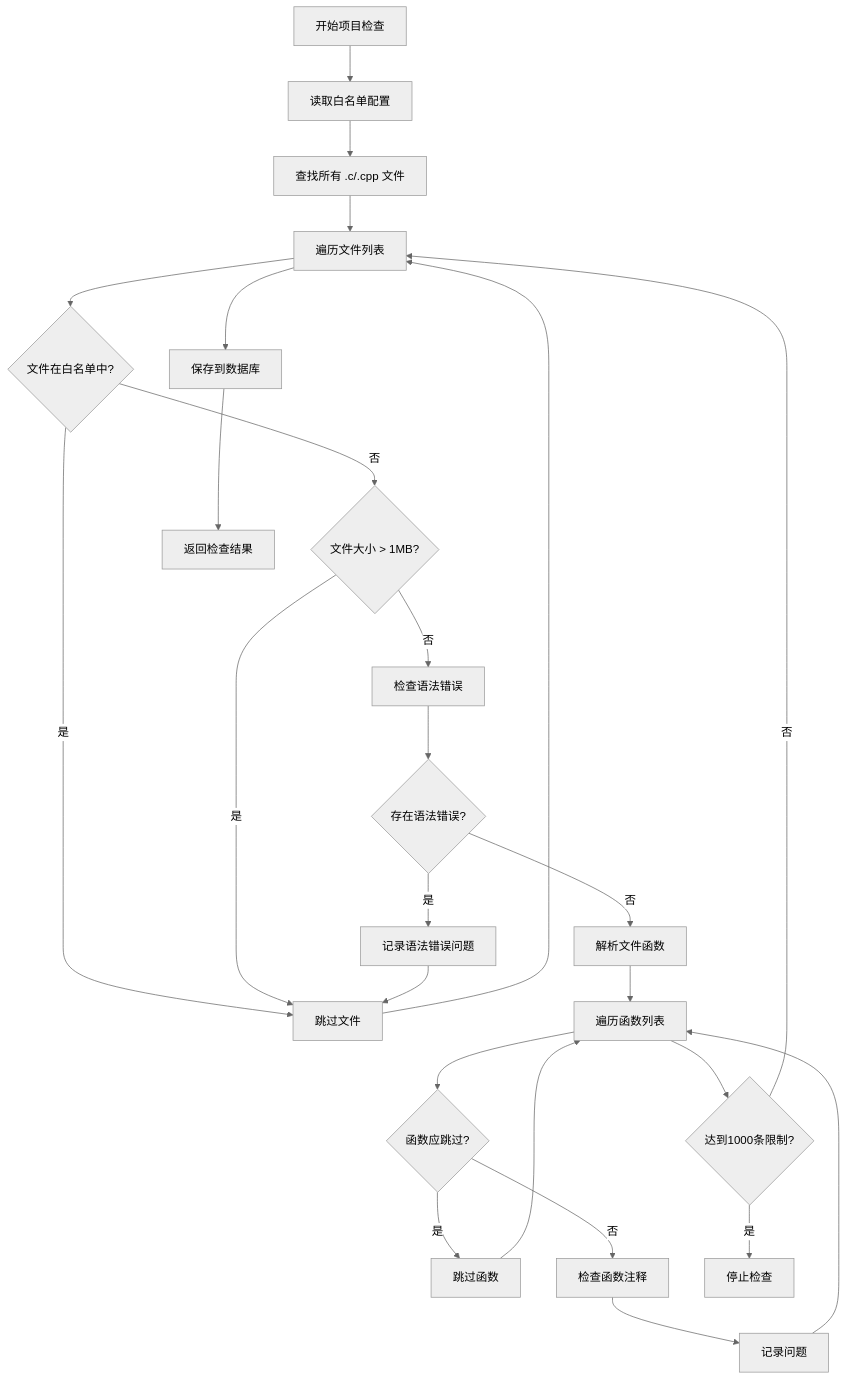
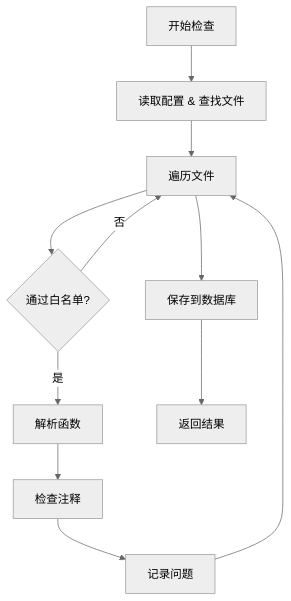
The fifth of 9 diagrams in RequirementDocument/设计文档.md (Aldebaran638/Doc-Doctor), drawn with Mermaid (neutral theme) before and after one commit. The commit also changed other lines of this file, not shown here.

````diff
--- a/RequirementDocument/设计文档.md
+++ b/RequirementDocument/设计文档.md
@@ -238,28 +178,13 @@
 ```mermaid
 flowchart TD
-    A[开始项目检查] --> B[读取白名单配置]
-    B --> C[查找所有 .c/.cpp 文件]
-    C --> D[遍历文件列表]
-    D --> E{文件在白名单中?}
-    E -->|是| F[跳过文件]
-    E -->|否| G{文件大小 > 1MB?}
-    G -->|是| F
-    G -->|否| H[检查语法错误]
-    H --> I{存在语法错误?}
-    I -->|是| J[记录语法错误问题]
-    I -->|否| K[解析文件函数]
-    J --> F
-    K --> L[遍历函数列表]
-    L --> M{函数应跳过?}
-    M -->|是| N[跳过函数]
-    M -->|否| O[检查函数注释]
-    O --> P[记录问题]
-    N --> L
-    P --> L
-    F --> D
-    L --> Q{达到1000条限制?}
-    Q -->|是| R[停止检查]
-    Q -->|否| D
-    D --> S[保存到数据库]
-    S --> T[返回检查结果]
+    A[开始检查] --> B[读取配置 & 查找文件]
+    B --> C[遍历文件]
+    C --> D{通过白名单?}
+    D -->|否| C
+    D -->|是| E[解析函数]
+    E --> F[检查注释]
+    F --> G[记录问题]
+    G --> C
+    C --> H[保存到数据库]
+    H --> I[返回结果]
 ```
````
